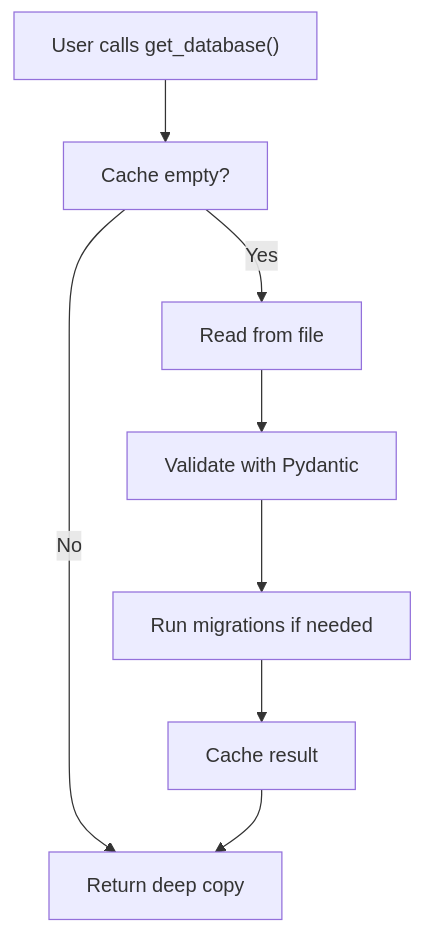
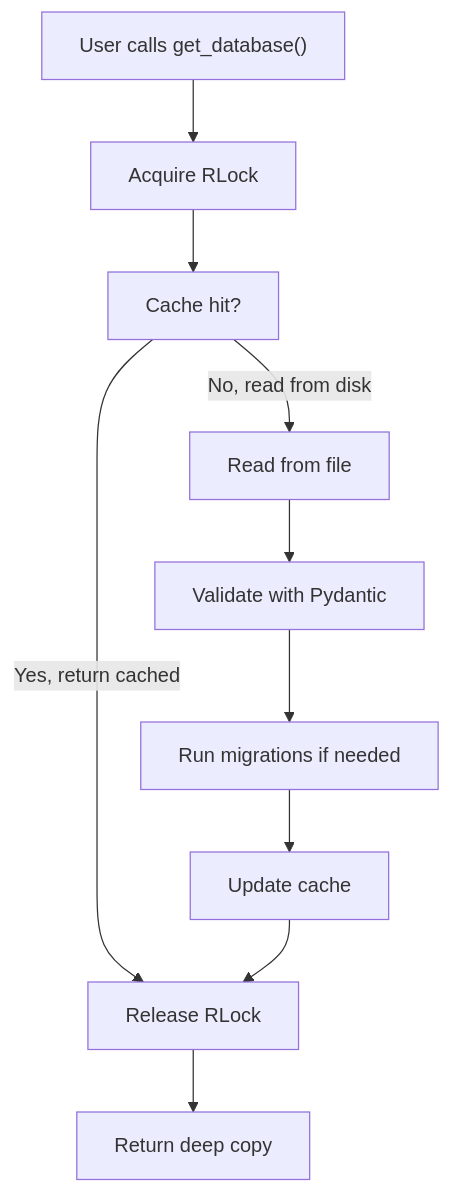
Before and after one commit to jeevanjohnson/jays-tools: the first of 2 diagrams in ARCHITECTURE.md, drawn with Mermaid. The commit also changed other lines of this file and 10 other files, not shown here.

First line of the commit message:
feat(collection): implement directory-based entity storage architecture

````diff
--- a/ARCHITECTURE.md
+++ b/ARCHITECTURE.md
@@ -36,18 +52,22 @@
 ```mermaid
 flowchart TD
     A["User calls get_database()"]
-    B["Cache empty?"]
-    C["Read from file"]
-    D["Validate with Pydantic"]
-    E["Run migrations if needed"]
-    F["Cache result"]
-    G["Return deep copy"]
+    B["Acquire RLock"]
+    C["Cache hit?"]
+    D["Read from file"]
+    E["Validate with Pydantic"]
+    F["Run migrations if needed"]
+    G["Update cache"]
+    H["Release RLock"]
+    I["Return deep copy"]
     
     A --> B
-    B -->|"Yes"| C
-    B -->|"No"| G
-    C --> D
+    B --> C
+    C -->|"Yes, return cached"| H
+    C -->|"No, read from disk"| D
     D --> E
     E --> F
     F --> G
+    G --> H
+    H --> I
 ```
````
